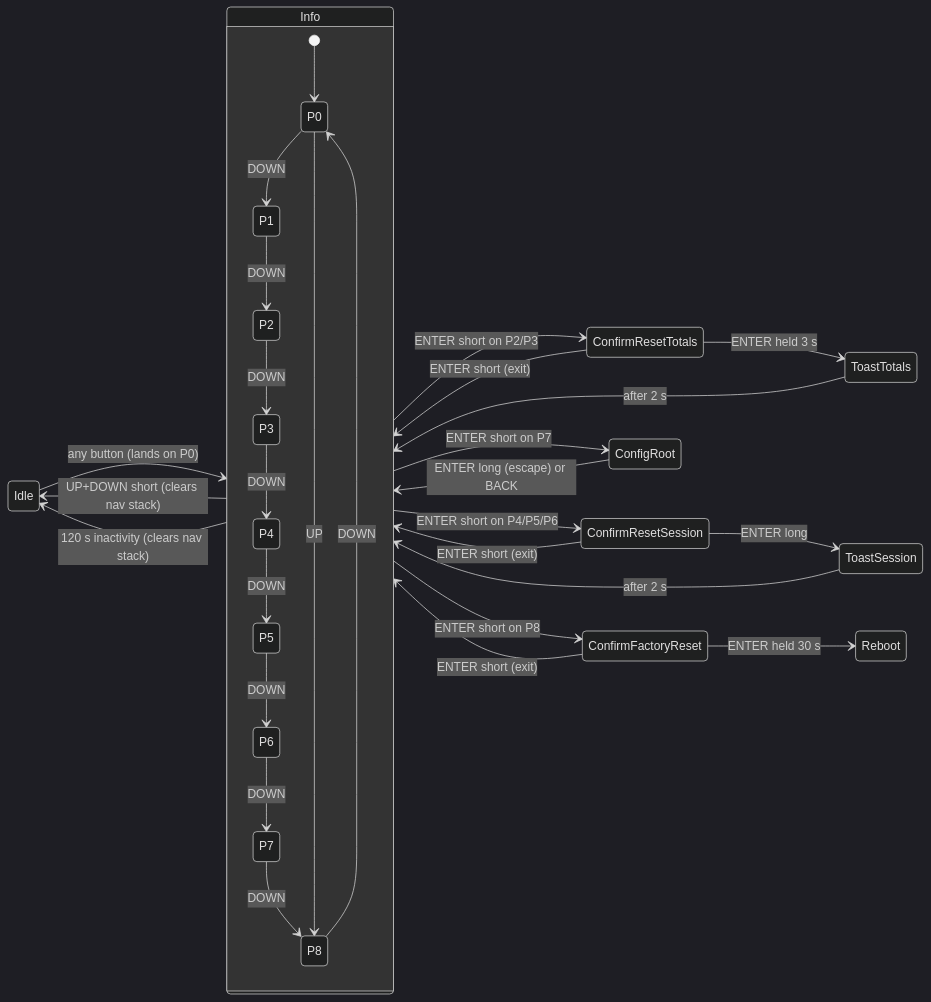
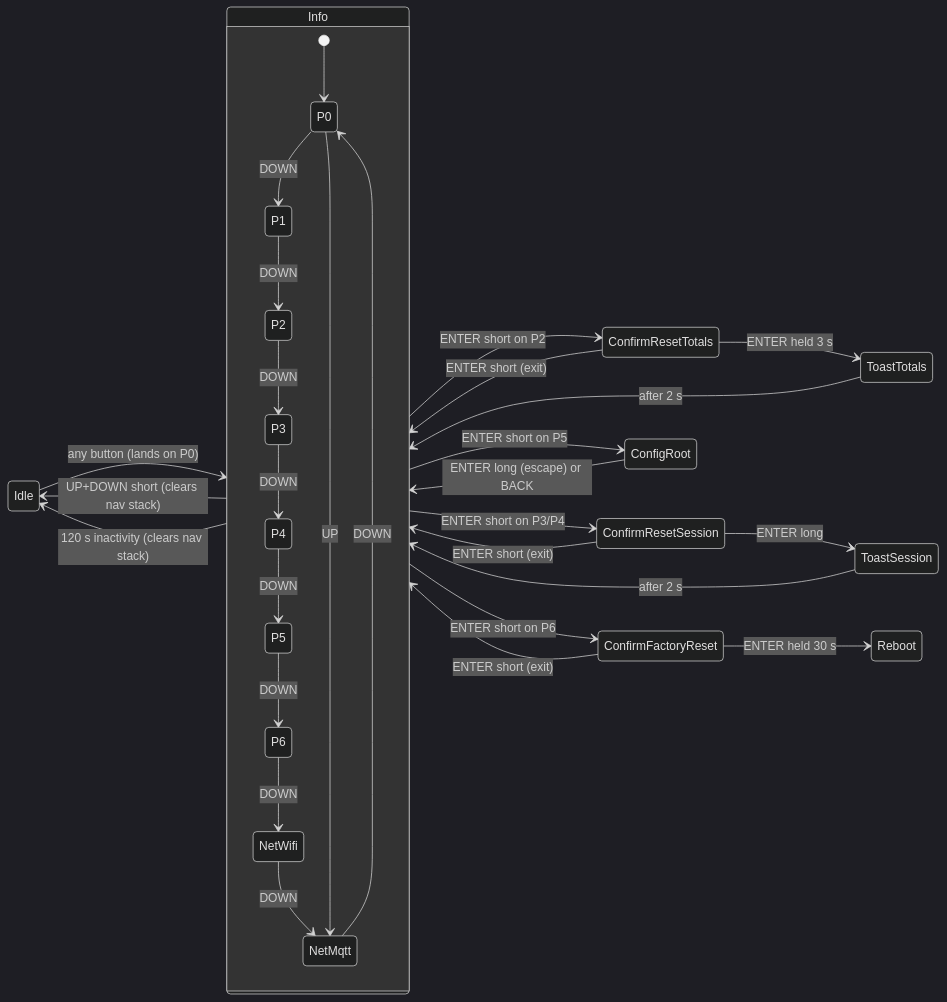
Before and after one commit to ciberkids/water-flow-meter-StampPLC: the diagram in docs/Requirements/feature addition/Display_UI_Requirements.md, drawn with Mermaid (dark theme). The commit also changed other lines of this file and 5 other files, not shown here.

````diff
--- a/docs/Requirements/feature addition/Display_UI_Requirements.md
+++ b/docs/Requirements/feature addition/Display_UI_Requirements.md
@@ -101,39 +101,39 @@
 ```mermaid
 stateDiagram-v2
     direction LR
     Idle --> Info: any button (lands on P0)
     Info --> Idle: UP+DOWN short (clears nav stack)
     Info --> Idle: 120 s inactivity (clears nav stack)
 
     state Info {
         [*] --> P0
         P0 --> P1: DOWN
         P1 --> P2: DOWN
         P2 --> P3: DOWN
         P3 --> P4: DOWN
         P4 --> P5: DOWN
         P5 --> P6: DOWN
-        P6 --> P7: DOWN
-        P7 --> P8: DOWN
-        P8 --> P0: DOWN
-        P0 --> P8: UP
+        P6 --> NetWifi: DOWN
+        NetWifi --> NetMqtt: DOWN
+        NetMqtt --> P0: DOWN
+        P0 --> NetMqtt: UP
     }
 
-    Info --> ConfirmResetTotals: ENTER short on P2/P3
-    Info --> ConfirmResetSession: ENTER short on P4/P5/P6
-    Info --> ConfigRoot: ENTER short on P7
-    Info --> ConfirmFactoryReset: ENTER short on P8
+    Info --> ConfirmResetTotals: ENTER short on P2
+    Info --> ConfirmResetSession: ENTER short on P3/P4
+    Info --> ConfigRoot: ENTER short on P5
+    Info --> ConfirmFactoryReset: ENTER short on P6
 
     ConfirmResetTotals --> Info: ENTER short (exit)
     ConfirmResetTotals --> ToastTotals: ENTER held 3 s
     ToastTotals --> Info: after 2 s
 
     ConfirmResetSession --> Info: ENTER short (exit)
     ConfirmResetSession --> ToastSession: ENTER long
     ToastSession --> Info: after 2 s
 
     ConfirmFactoryReset --> Info: ENTER short (exit)
     ConfirmFactoryReset --> Reboot: ENTER held 30 s
 
     ConfigRoot --> Info: ENTER long (escape) or BACK
 ```
````
